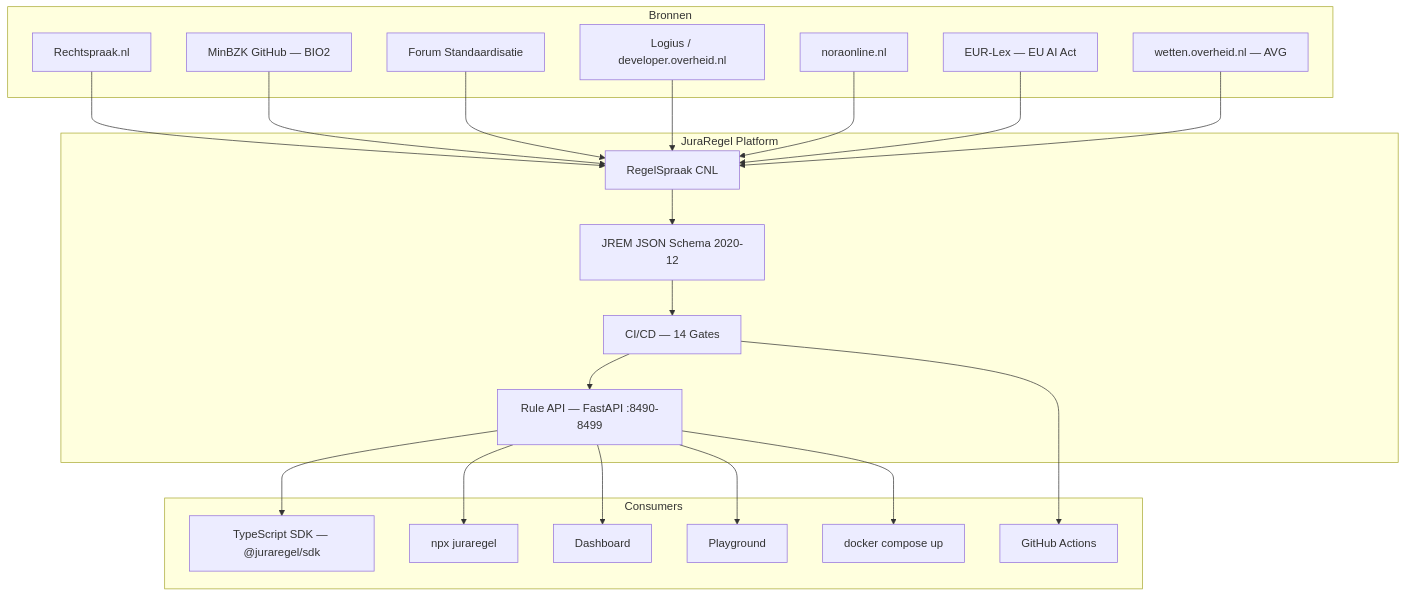
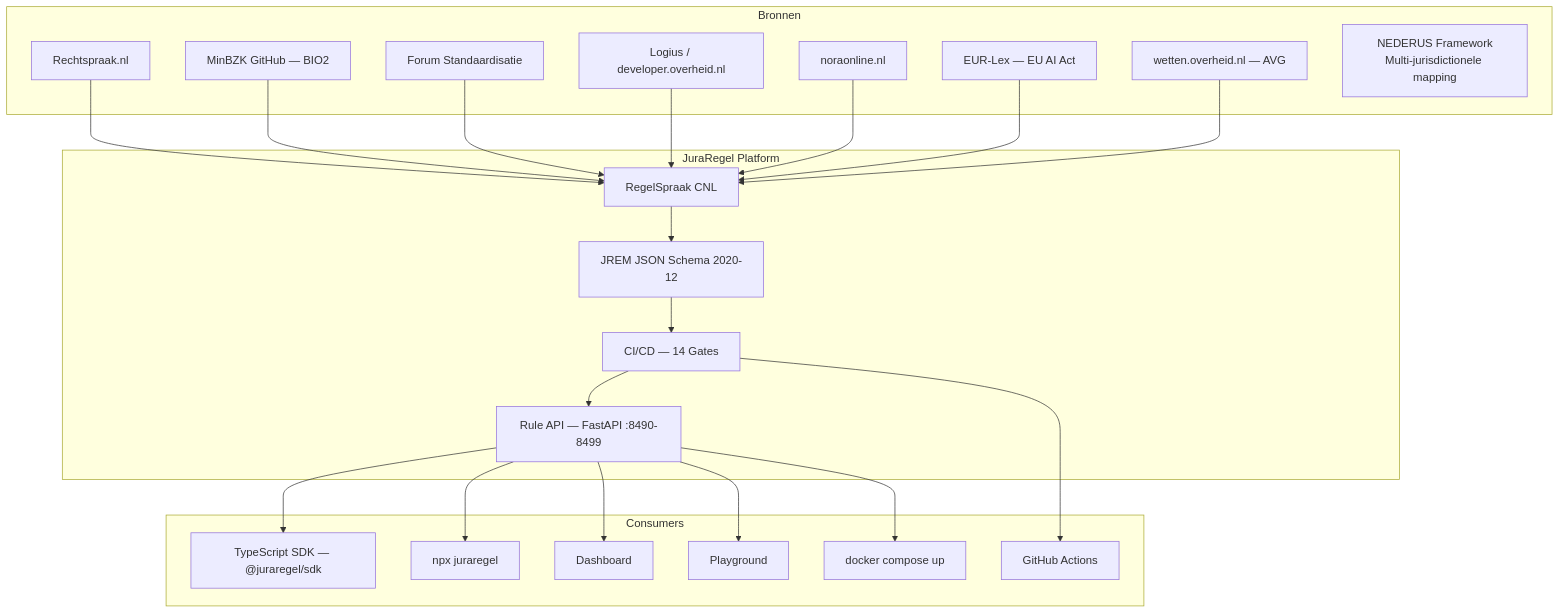
The diagram in README.md (djimit/juraregel), drawn with Mermaid before and after one commit. The commit also changed other lines of this file and 52 other files, not shown here.

````diff
--- a/README.md
+++ b/README.md
@@ -396,45 +456,46 @@
 ```mermaid
 graph TB
     subgraph "Bronnen"
         R[Rechtspraak.nl]
         B[MinBZK GitHub — BIO2]
         F[Forum Standaardisatie]
         L[Logius / developer.overheid.nl]
         N[noraonline.nl]
         EU[EUR-Lex — EU AI Act]
         AVG[wetten.overheid.nl — AVG]
+        NED[NEDERUS Framework\nMulti-jurisdictionele mapping]
     end
 
     subgraph "JuraRegel Platform"
         RS[RegelSpraak CNL]
         JREM[JREM JSON Schema 2020-12]
         CI[CI/CD — 14 Gates]
         API[Rule API — FastAPI :8490-8499]
     end
 
     subgraph "Consumers"
         SDK[TypeScript SDK — @juraregel/sdk]
         CLI[npx juraregel]
         DASH[Dashboard]
         PLAY[Playground]
         DOCKER[docker compose up]
         GH[GitHub Actions]
     end
 
     R --> RS
     B --> RS
     F --> RS
     L --> RS
     N --> RS
     EU --> RS
     AVG --> RS
     RS --> JREM
     JREM --> CI
     CI --> API
     API --> SDK
     API --> CLI
     API --> DASH
     API --> PLAY
     API --> DOCKER
     CI --> GH
 ```
````
